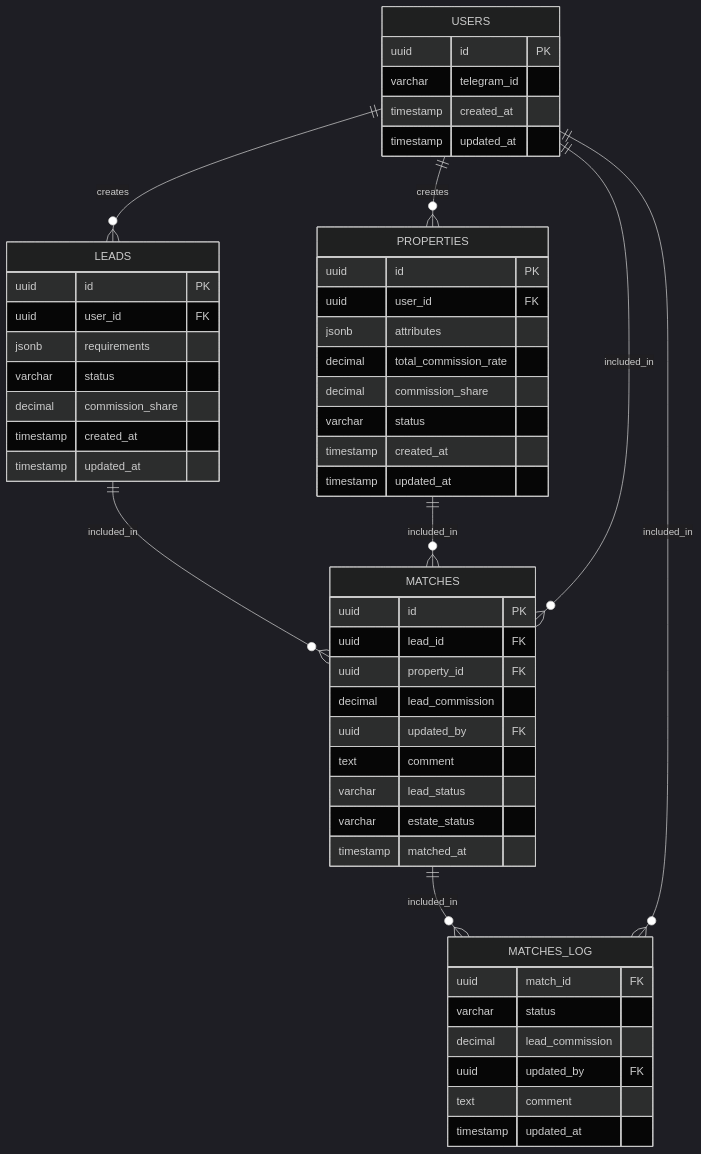
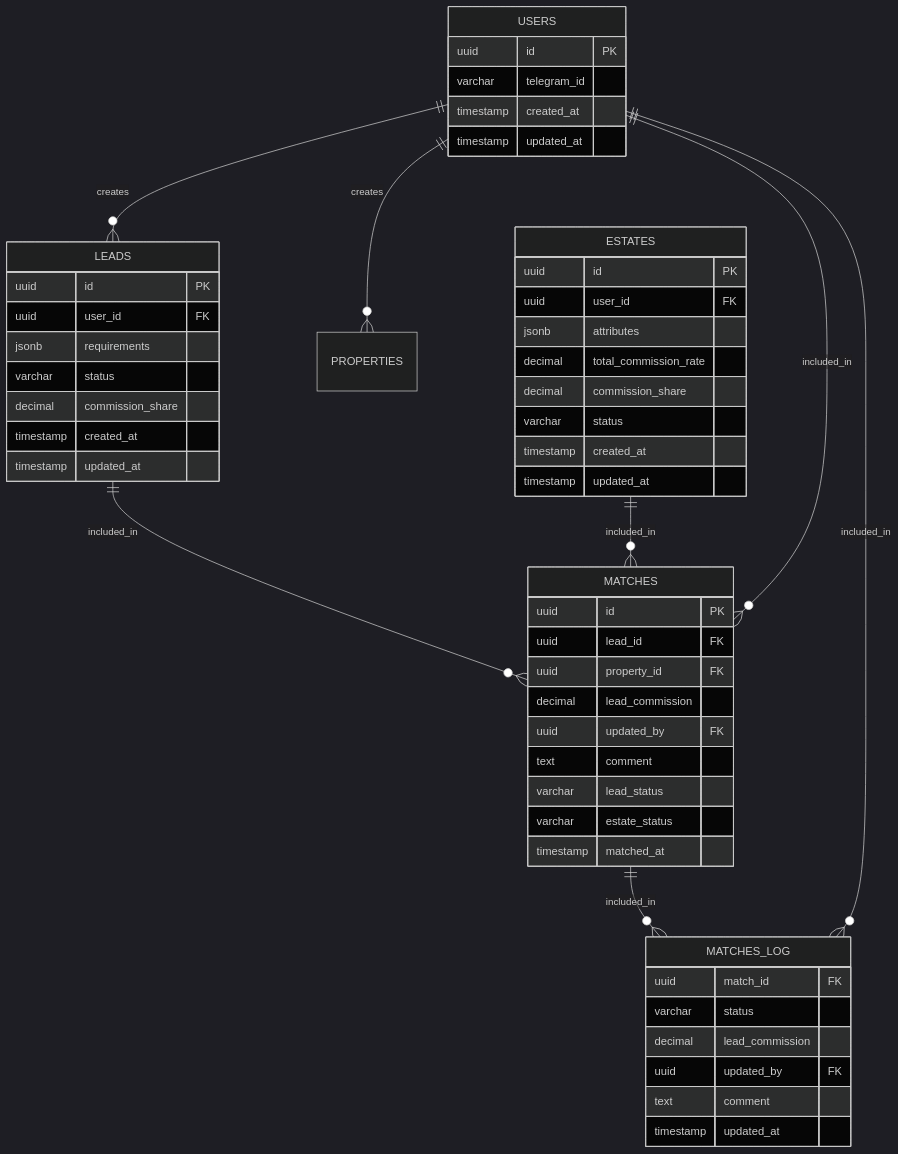
Before and after one commit to lead-exchange/docs: the third of 3 diagrams in design/architecture.md, drawn with Mermaid (dark theme).

Commit message:
fix(architecture): rename properties to estates

````diff
--- a/design/architecture.md
+++ b/design/architecture.md
@@ -162,59 +162,59 @@
 ```mermaid
 erDiagram
     USERS ||--o{ LEADS : creates
     USERS ||--o{ PROPERTIES : creates
     LEADS ||--o{ MATCHES : included_in
-    PROPERTIES ||--o{ MATCHES : included_in
+    ESTATES ||--o{ MATCHES : included_in
     MATCHES ||--o{ MATCHES_LOG : included_in
     USERS ||--o{ MATCHES_LOG : included_in
     USERS ||--o{ MATCHES : included_in
     
     USERS {
         uuid id PK
         varchar telegram_id
         timestamp created_at
         timestamp updated_at
     }
     
     LEADS {
         uuid id PK
         uuid user_id FK
         jsonb requirements
         varchar status
         decimal commission_share
         timestamp created_at
         timestamp updated_at
     }
     
-    PROPERTIES {
+    ESTATES {
         uuid id PK
         uuid user_id FK
         jsonb attributes
         decimal total_commission_rate
         decimal commission_share
         varchar status
         timestamp created_at
         timestamp updated_at
     }
     
     MATCHES {
         uuid id PK
         uuid lead_id FK
         uuid property_id FK
         decimal lead_commission
         uuid updated_by FK
         text comment
         varchar lead_status
         varchar estate_status
         timestamp matched_at
     }
     
     MATCHES_LOG {
     uuid match_id FK
     varchar status
     decimal lead_commission
     uuid updated_by FK
     text comment
     timestamp updated_at
     }
 ```
````
